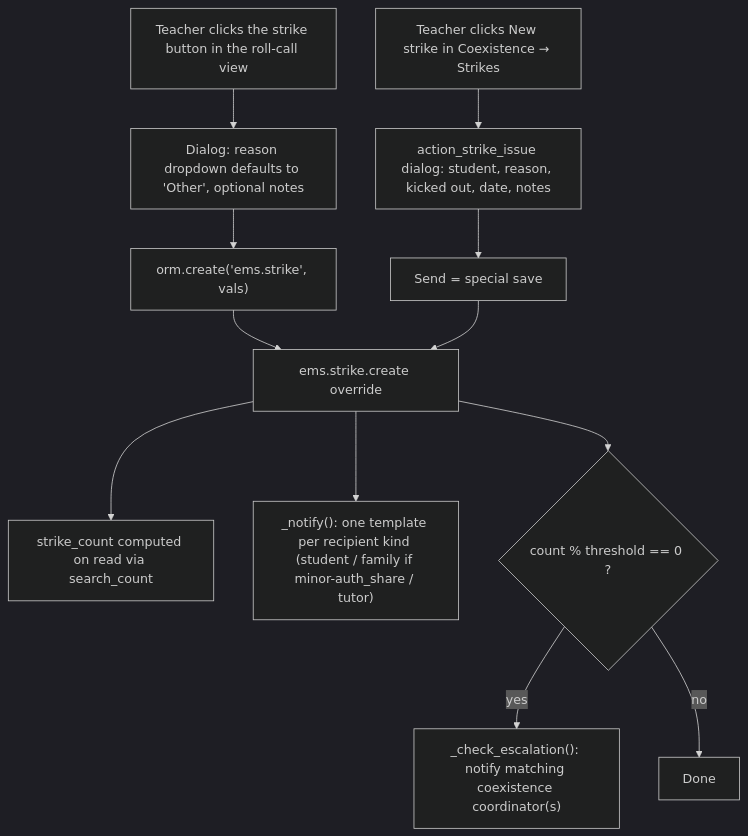
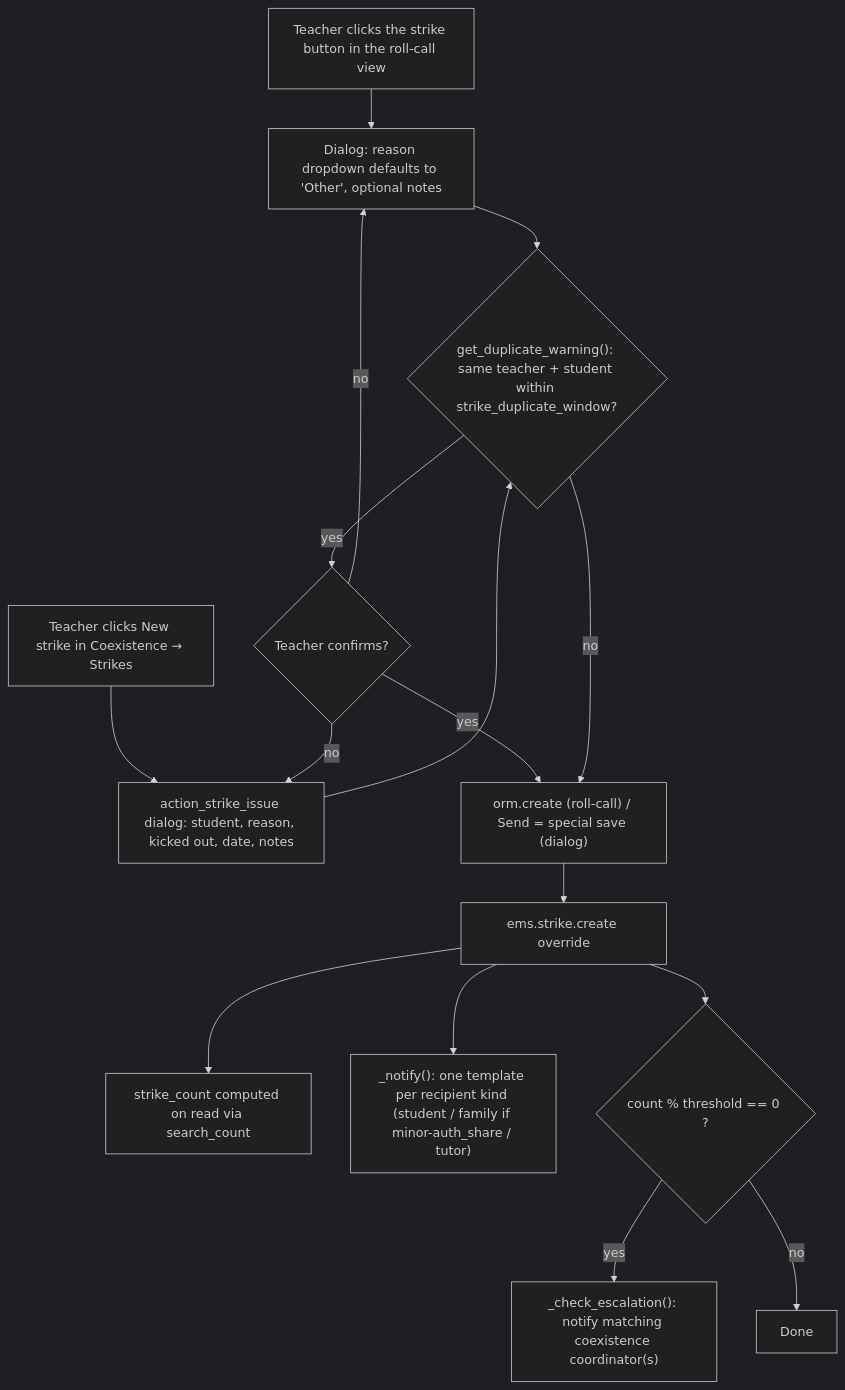
The diagram in docs/en/developers/coexistence/strike.md (ElPuig/EMS), drawn with Mermaid (dark theme) before and after one commit. The commit also changed other lines of this file and 21 other files, not shown here.

````diff
--- a/docs/en/developers/coexistence/strike.md
+++ b/docs/en/developers/coexistence/strike.md
@@ -49,14 +49,18 @@
 ```mermaid
 flowchart TD
     A[Teacher clicks the strike button in the roll-call view] --> B[Dialog: reason dropdown defaults to 'Other', optional notes]
-    B --> C["orm.create('ems.strike', vals)"]
+    A2[Teacher clicks New strike in Coexistence → Strikes] --> B2["action_strike_issue dialog: student, reason, kicked out, date, notes"]
+    B --> W{"get_duplicate_warning(): same teacher + student within strike_duplicate_window?"}
+    B2 --> W
+    W -- yes --> X{Teacher confirms?}
+    X -- no --> B
+    X -- no --> B2
+    X -- yes --> C
+    W -- no --> C["orm.create (roll-call) / Send = special save (dialog)"]
     C --> D[ems.strike.create override]
-    A2[Teacher clicks New strike in Coexistence → Strikes] --> B2["action_strike_issue dialog: student, reason, kicked out, date, notes"]
-    B2 --> C2[Send = special save]
-    C2 --> D
     D --> E[strike_count computed on read via search_count]
     D --> F["_notify(): one template per recipient kind (student / family if minor-auth_share / tutor)"]
     D --> G{"count % threshold == 0 ?"}
     G -- yes --> H["_check_escalation(): notify matching coexistence coordinator(s)"]
     G -- no --> I[Done]
 ```
````
